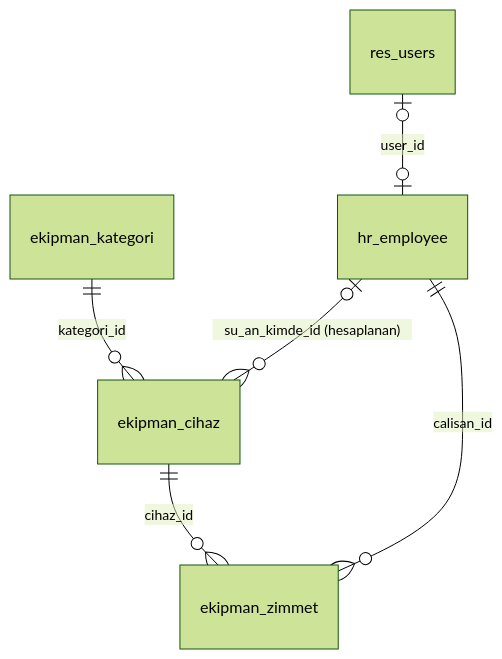
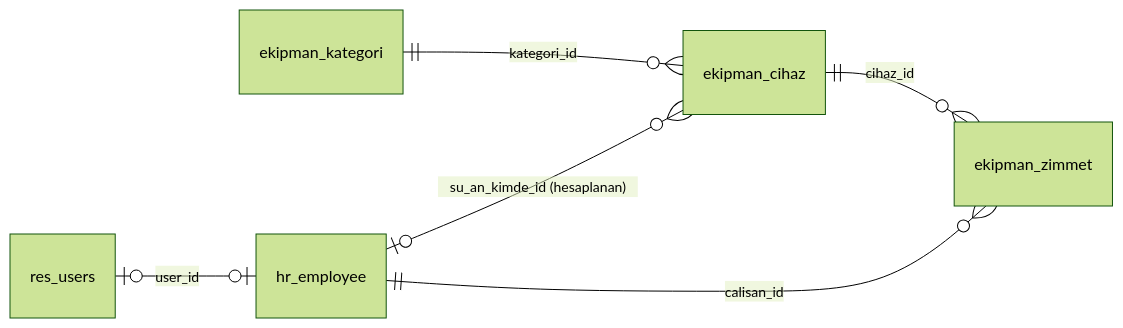
Before and after one commit to onurbcoban/ekipman-zimmet-case-study: the first of 2 diagrams in README.md, drawn with Mermaid (forest theme). The commit also changed other lines of this file, not shown here.

Commit message:
docs: README diyagramları soldan sağa çizilecek şekilde düzenlendi

````diff
--- a/README.md
+++ b/README.md
@@ -45,8 +45,9 @@
 ```mermaid
 erDiagram
+    direction LR
     ekipman_kategori ||--o{ ekipman_cihaz : "kategori_id"
     ekipman_cihaz ||--o{ ekipman_zimmet : "cihaz_id"
     hr_employee ||--o{ ekipman_zimmet : "calisan_id"
     hr_employee |o--o{ ekipman_cihaz : "su_an_kimde_id (hesaplanan)"
     res_users |o--o| hr_employee : "user_id"
 ```
````
